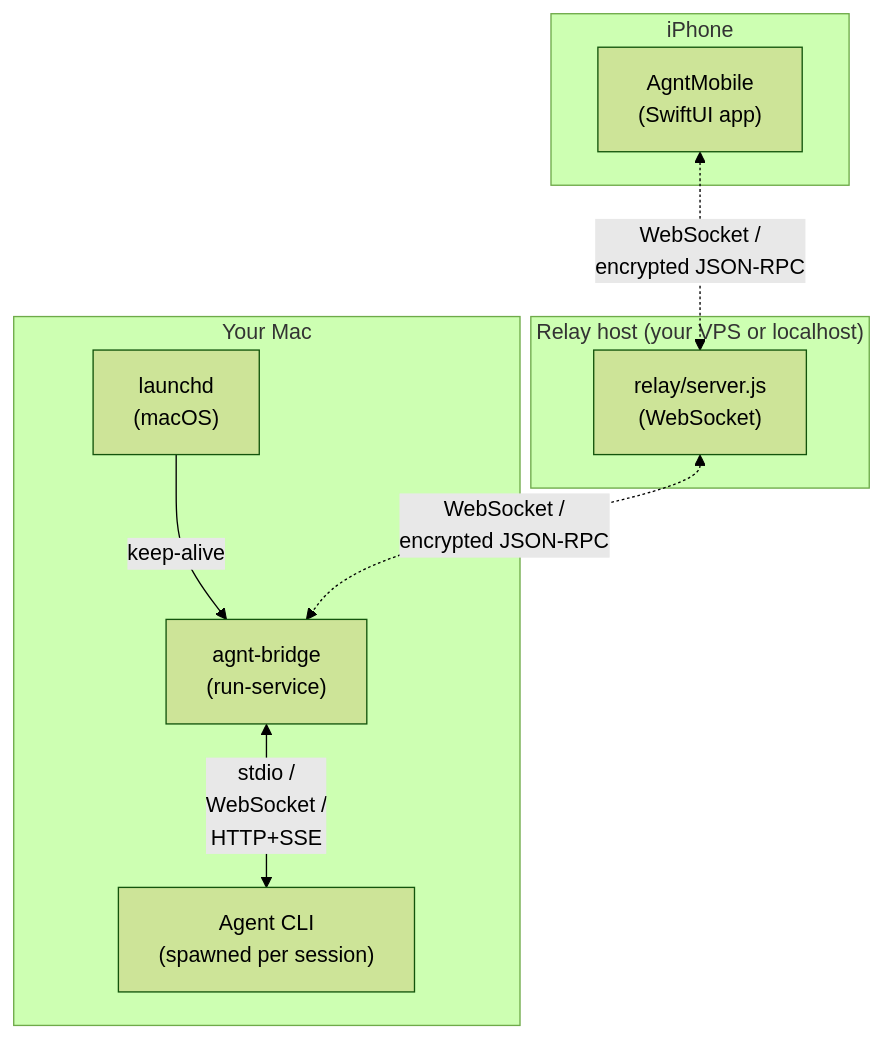
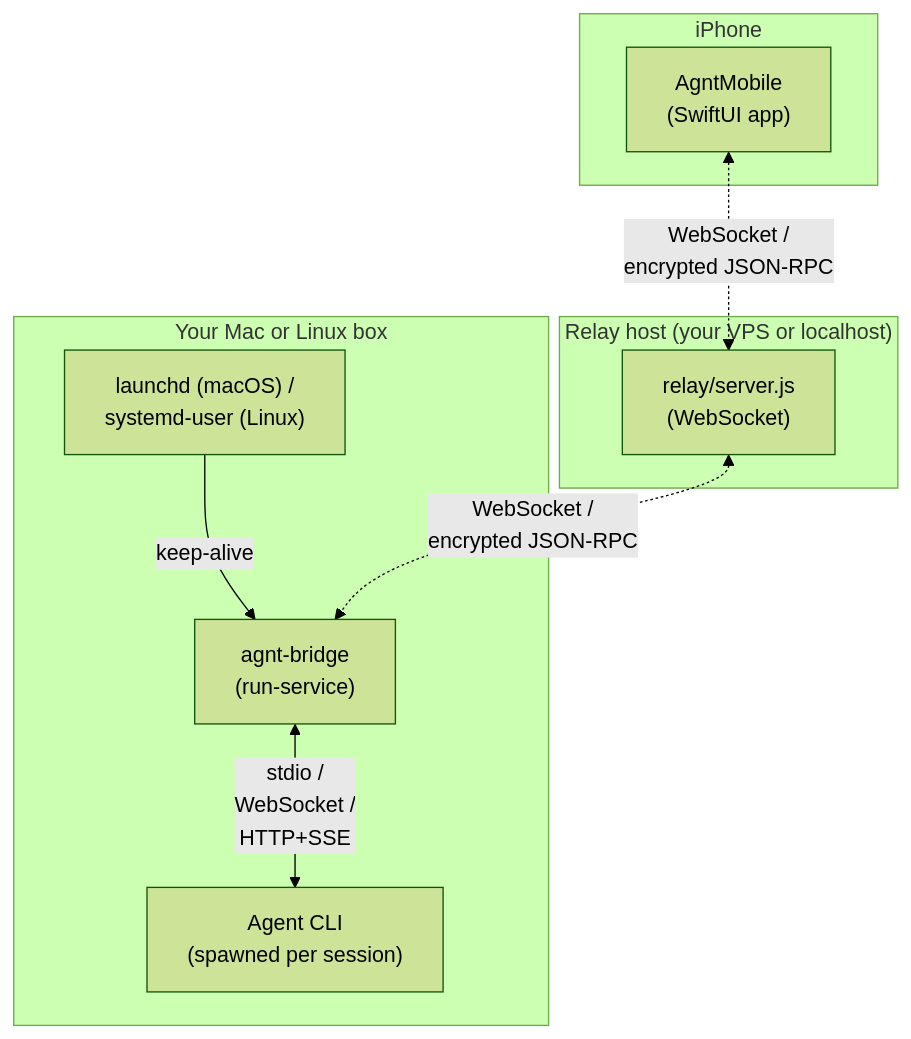
Before and after one commit to smeltery/agnt: the first of 2 diagrams in docs/architecture/overview.md, drawn with Mermaid (forest theme). The commit also changed other lines of this file and 13 other files, not shown here.

````diff
--- a/docs/architecture/overview.md
+++ b/docs/architecture/overview.md
@@ -15,22 +15,22 @@
 ```mermaid
 flowchart TB
     subgraph Phone["iPhone"]
         IOS["AgntMobile<br/>(SwiftUI app)"]
     end
 
     subgraph VPS["Relay host (your VPS or localhost)"]
         Relay["relay/server.js<br/>(WebSocket)"]
     end
 
-    subgraph Mac["Your Mac"]
-        LaunchD["launchd<br/>(macOS)"]
+    subgraph Host["Your Mac or Linux box"]
+        Supervisor["launchd (macOS) /<br/>systemd-user (Linux)"]
         Bridge["agnt-bridge<br/>(run-service)"]
         AgentCLI["Agent CLI<br/>(spawned per session)"]
 
-        LaunchD -->|"keep-alive"| Bridge
+        Supervisor -->|"keep-alive"| Bridge
         Bridge <-->|"stdio /<br/>WebSocket /<br/>HTTP+SSE"| AgentCLI
     end
 
     IOS <-.->|"WebSocket /<br/>encrypted JSON-RPC"| Relay
     Relay <-.->|"WebSocket /<br/>encrypted JSON-RPC"| Bridge
 ```
````
